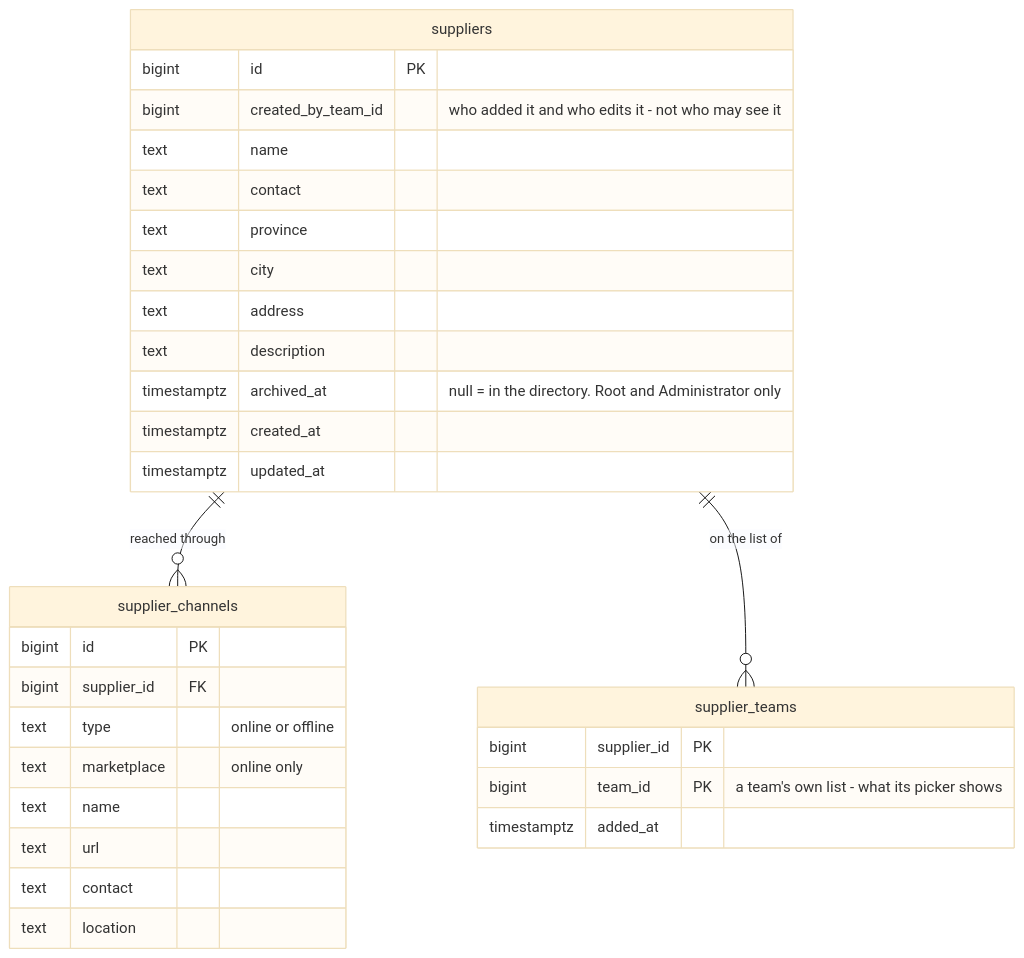
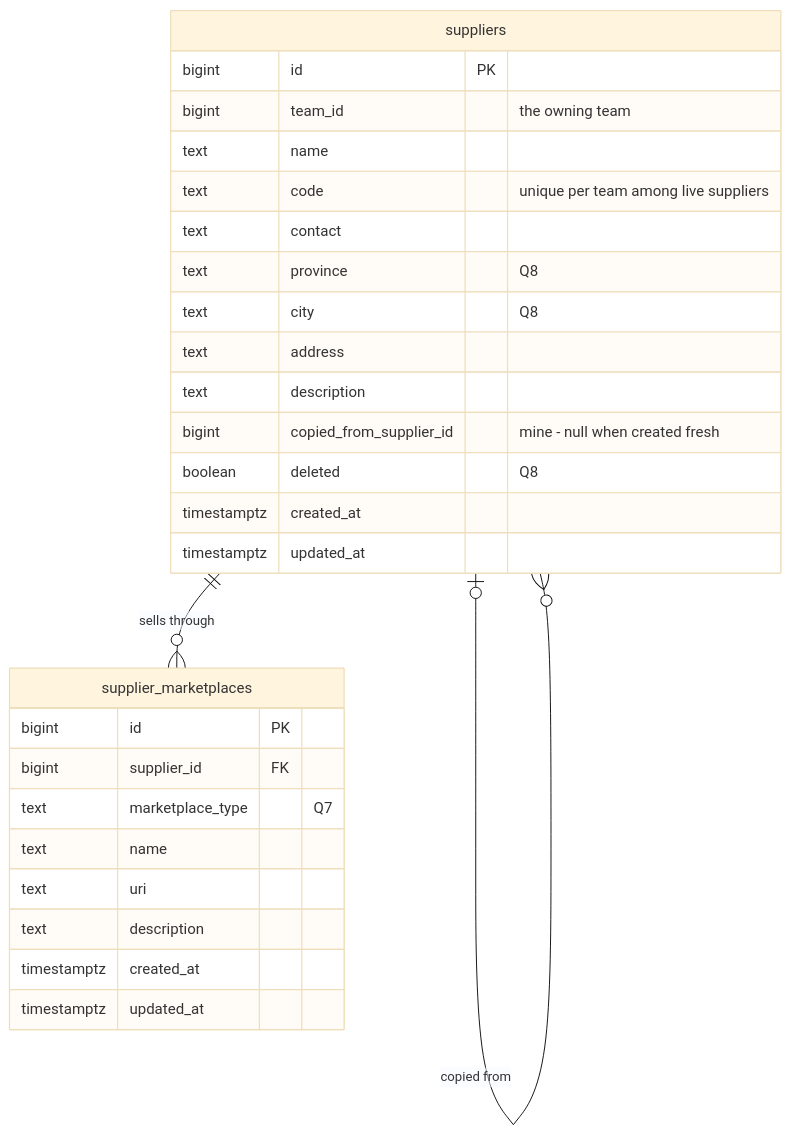
One commit to pdcgo/warehouse_revamp changed the second of 5 diagrams in docs/business/supplier/context_clarify.md. Above: the diagram before and after it, drawn with Mermaid (base theme). The commit also changed other lines of this file and 3 other files, not shown here.

First line of the commit message:
supplier: the table edit - team_id makes a supplier one team's, Q1 re-asked as copy or reference

````diff
--- a/docs/business/supplier/context_clarify.md
+++ b/docs/business/supplier/context_clarify.md
@@ -79,33 +66,30 @@
 ```mermaid
 erDiagram
-  suppliers ||--o{ supplier_channels : "reached through"
-  suppliers ||--o{ supplier_teams : "on the list of"
+  suppliers ||--o{ supplier_marketplaces : "sells through"
+  suppliers |o--o{ suppliers : "copied from"
   suppliers {
     bigint id PK
-    bigint created_by_team_id "who added it and who edits it - not who may see it"
+    bigint team_id "the owning team"
     text name
+    text code "unique per team among live suppliers"
     text contact
-    text province
-    text city
+    text province "Q8"
+    text city "Q8"
     text address
     text description
-    timestamptz archived_at "null = in the directory. Root and Administrator only"
+    bigint copied_from_supplier_id "mine - null when created fresh"
+    boolean deleted "Q8"
     timestamptz created_at
     timestamptz updated_at
   }
-  supplier_channels {
+  supplier_marketplaces {
     bigint id PK
     bigint supplier_id FK
-    text type "online or offline"
-    text marketplace "online only"
+    text marketplace_type "Q7"
     text name
-    text url
-    text contact
-    text location
-  }
-  supplier_teams {
-    bigint supplier_id PK
-    bigint team_id PK "a team's own list - what its picker shows"
-    timestamptz added_at
+    text uri
+    text description
+    timestamptz created_at
+    timestamptz updated_at
   }
 ```
````
